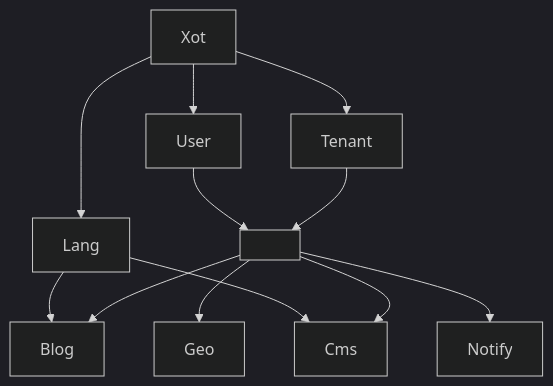
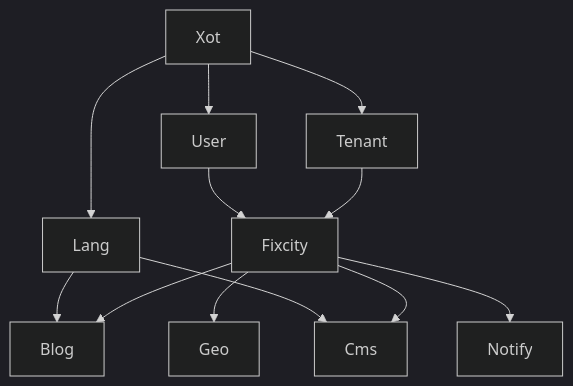
Before and after one commit to laraxot/module_notify_fila5: the diagram in docs/project_docs/architecture.md, drawn with Mermaid (dark theme). The commit also changed other lines of this file and 1389 other files, not shown here.

First line of the commit message:
chore(docs): sostituisci placeholder `<nome progetto>` con `FixCity`/`fixcity` in .github/, .gitattributes, copilot-instructions

````diff
--- a/docs/project_docs/architecture.md
+++ b/docs/project_docs/architecture.md
@@ -74,14 +74,14 @@
 ```mermaid
 graph TD
     A[Xot] --> B[Tenant]
     A --> C[User]
     A --> D[Lang]
-    B --> E[<nome progetto>]
+    B --> E[Fixcity]
     C --> E
     E --> F[Blog]
     E --> G[Cms]
     E --> H[Geo]
     E --> I[Notify]
     D --> F
     D --> G
 ```
````
